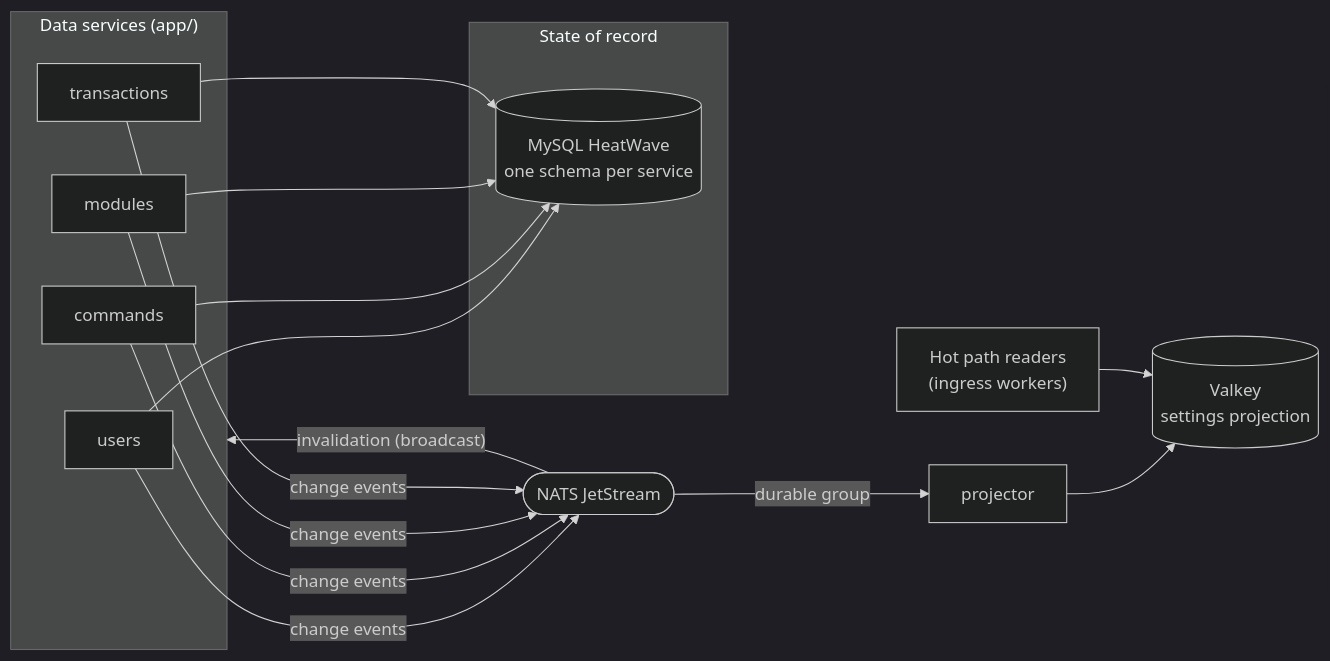
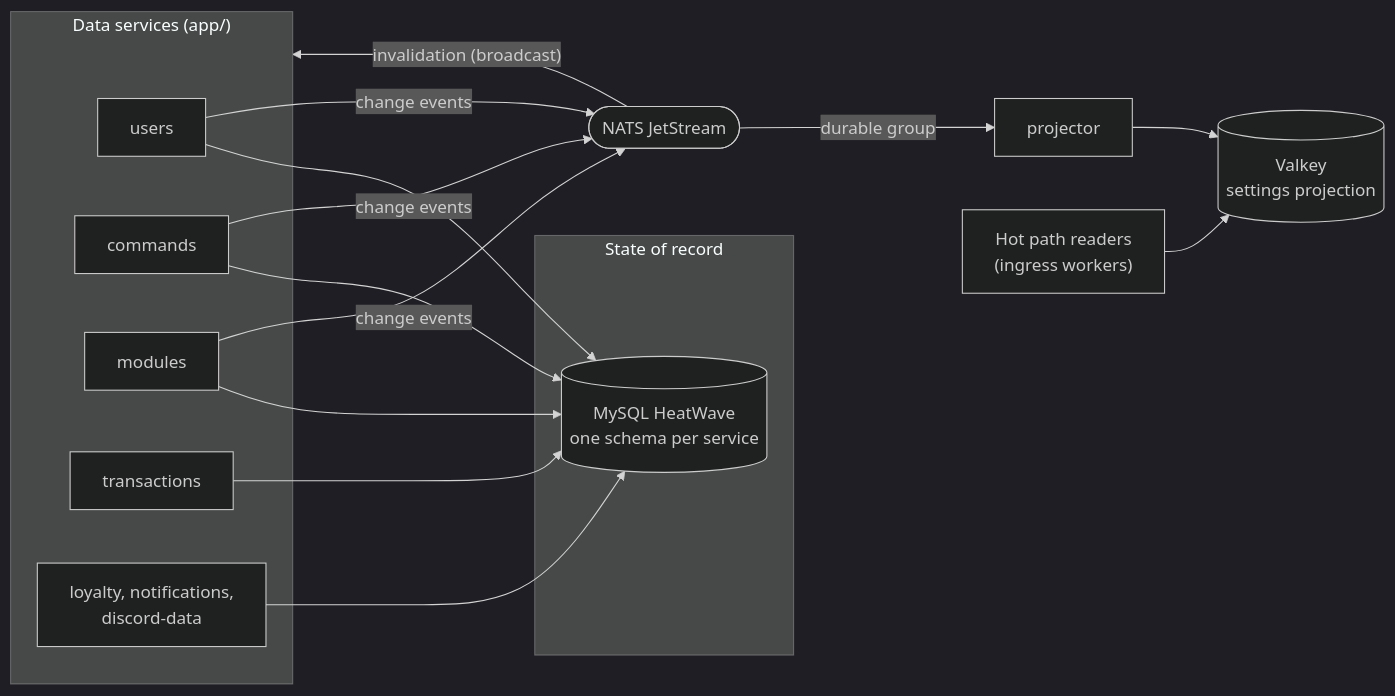
Before and after one commit to AdamOusmer/ItsBagelBot: the diagram in web/docs/src/content/docs/data-and-state/index.md, drawn with Mermaid (dark theme). The commit also changed other lines of this file and 97 other files, not shown here.

````diff
--- a/web/docs/src/content/docs/data-and-state/index.md
+++ b/web/docs/src/content/docs/data-and-state/index.md
@@ -26,33 +26,34 @@
 ```mermaid
 flowchart LR
     subgraph services["Data services (app/)"]
         users["users"]
         commands["commands"]
         modules["modules"]
         transactions["transactions"]
+        others["loyalty, notifications,<br/>discord-data"]
     end
 
     subgraph record["State of record"]
         mysql[("MySQL HeatWave<br/>one schema per service")]
     end
 
     nats(["NATS JetStream"])
     projector["projector"]
     valkey[("Valkey<br/>settings projection")]
     hot["Hot path readers<br/>(ingress workers)"]
 
     users --> mysql
     commands --> mysql
     modules --> mysql
     transactions --> mysql
+    others --> mysql
 
     users -- "change events" --> nats
     commands -- "change events" --> nats
     modules -- "change events" --> nats
-    transactions -- "change events" --> nats
 
     nats -- "invalidation (broadcast)" --> services
     nats -- "durable group" --> projector
     projector --> valkey
     hot --> valkey
 ```
````
